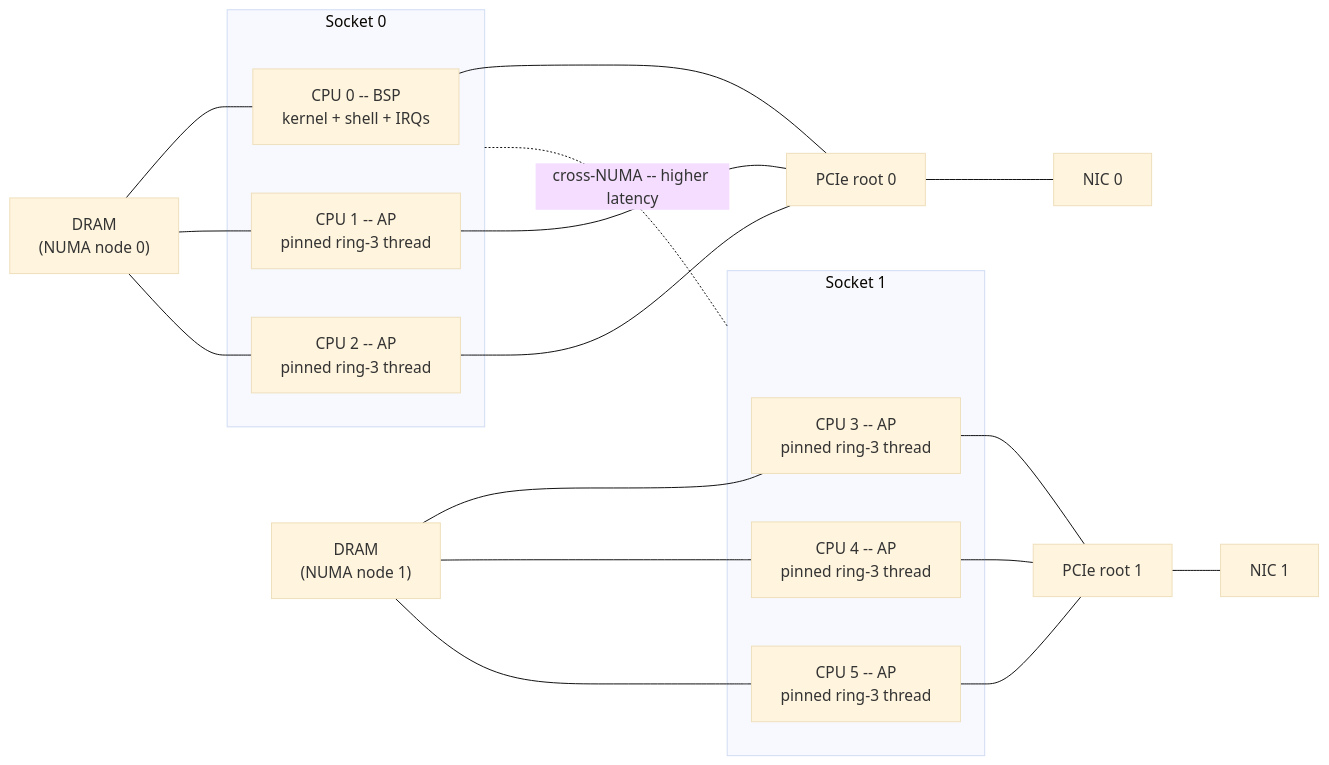
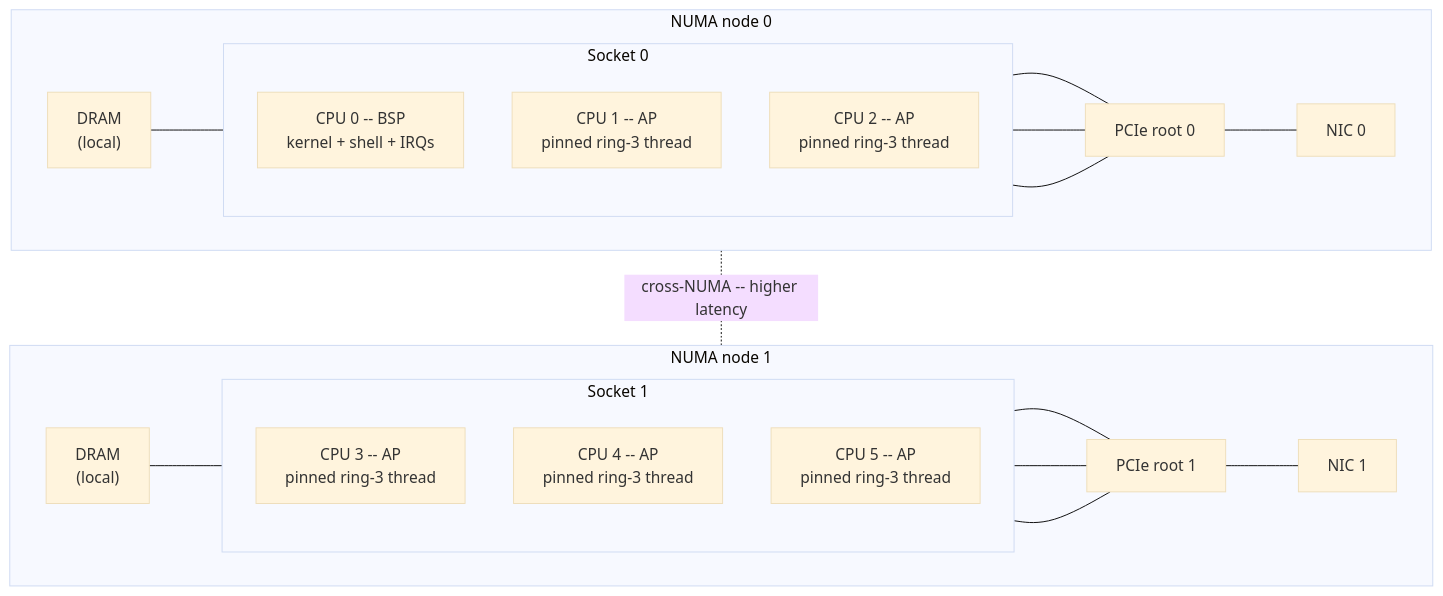
One commit to pierreact/osdev changed the diagram in README.md. Above: the diagram before and after it, drawn with Mermaid (base theme).

Commit message:
README: stack NUMA0 above NUMA1 with cross-NUMA between them
Previous layout was scrambled: Mermaid's auto-layout in pure LR
mode didn't put the two sockets in clean horizontal rows, and the
cross-NUMA dashed link rendered awkwardly between mismatched
column positions.

Force the layout with nested directions:
- Outer flow: TB. Stacks N0 above the cross-NUMA dashed link
  above N1.
- Each NUMA subgraph: LR. Lines DRAM | Socket | PCIe root | NIC
  horizontally.
- Each Socket subgraph: TB. Stacks the cores vertically inside
  the socket box.

Result: two horizontal rows aligned column-for-column, with the
cross-NUMA latency cost rendered as a vertical dashed link between
them. Reading top to bottom, NUMA 0 is above the boundary and
NUMA 1 below.

Replaces DRAM-to-each-core lines with a single subgraph-level
DRAM --- Socket link to keep the diagram clean; explicit AP/BSP
to PCIe root lines kept (per earlier review).

````diff
--- a/README.md
+++ b/README.md
@@ -39,38 +39,40 @@
 ```mermaid
-flowchart LR
-    DRAM0["DRAM<br/>(NUMA node 0)"]
-    subgraph S0["Socket 0"]
-        BSP["CPU 0 -- BSP<br/>kernel + shell + IRQs"]
-        AP1["CPU 1 -- AP<br/>pinned ring-3 thread"]
-        AP2["CPU 2 -- AP<br/>pinned ring-3 thread"]
+flowchart TB
+    subgraph N0["NUMA node 0"]
+        direction LR
+        DRAM0["DRAM<br/>(local)"]
+        subgraph S0["Socket 0"]
+            direction TB
+            BSP["CPU 0 -- BSP<br/>kernel + shell + IRQs"]
+            AP1["CPU 1 -- AP<br/>pinned ring-3 thread"]
+            AP2["CPU 2 -- AP<br/>pinned ring-3 thread"]
+        end
+        PCIe0["PCIe root 0"]
+        NIC0["NIC 0"]
+
+        DRAM0 --- S0
+        BSP --- PCIe0
+        AP1 --- PCIe0
+        AP2 --- PCIe0
+        PCIe0 --- NIC0
     end
-    PCIe0["PCIe root 0"]
-    NIC0["NIC 0"]
+    subgraph N1["NUMA node 1"]
+        direction LR
+        DRAM1["DRAM<br/>(local)"]
+        subgraph S1["Socket 1"]
+            direction TB
+            AP3["CPU 3 -- AP<br/>pinned ring-3 thread"]
+            AP4["CPU 4 -- AP<br/>pinned ring-3 thread"]
+            AP5["CPU 5 -- AP<br/>pinned ring-3 thread"]
+        end
+        PCIe1["PCIe root 1"]
+        NIC1["NIC 1"]
 
-    DRAM0 --- BSP
-    DRAM0 --- AP1
-    DRAM0 --- AP2
-    BSP --- PCIe0
-    AP1 --- PCIe0
-    AP2 --- PCIe0
-    PCIe0 --- NIC0
-
-    DRAM1["DRAM<br/>(NUMA node 1)"]
-    subgraph S1["Socket 1"]
-        AP3["CPU 3 -- AP<br/>pinned ring-3 thread"]
-        AP4["CPU 4 -- AP<br/>pinned ring-3 thread"]
-        AP5["CPU 5 -- AP<br/>pinned ring-3 thread"]
+        DRAM1 --- S1
+        AP3 --- PCIe1
+        AP4 --- PCIe1
+        AP5 --- PCIe1
+        PCIe1 --- NIC1
     end
-    PCIe1["PCIe root 1"]
-    NIC1["NIC 1"]
-
-    DRAM1 --- AP3
-    DRAM1 --- AP4
-    DRAM1 --- AP5
-    AP3 --- PCIe1
-    AP4 --- PCIe1
-    AP5 --- PCIe1
-    PCIe1 --- NIC1
-
-    S0 -. "cross-NUMA -- higher latency" .- S1
+    N0 -. "cross-NUMA -- higher latency" .- N1
 ```
````
